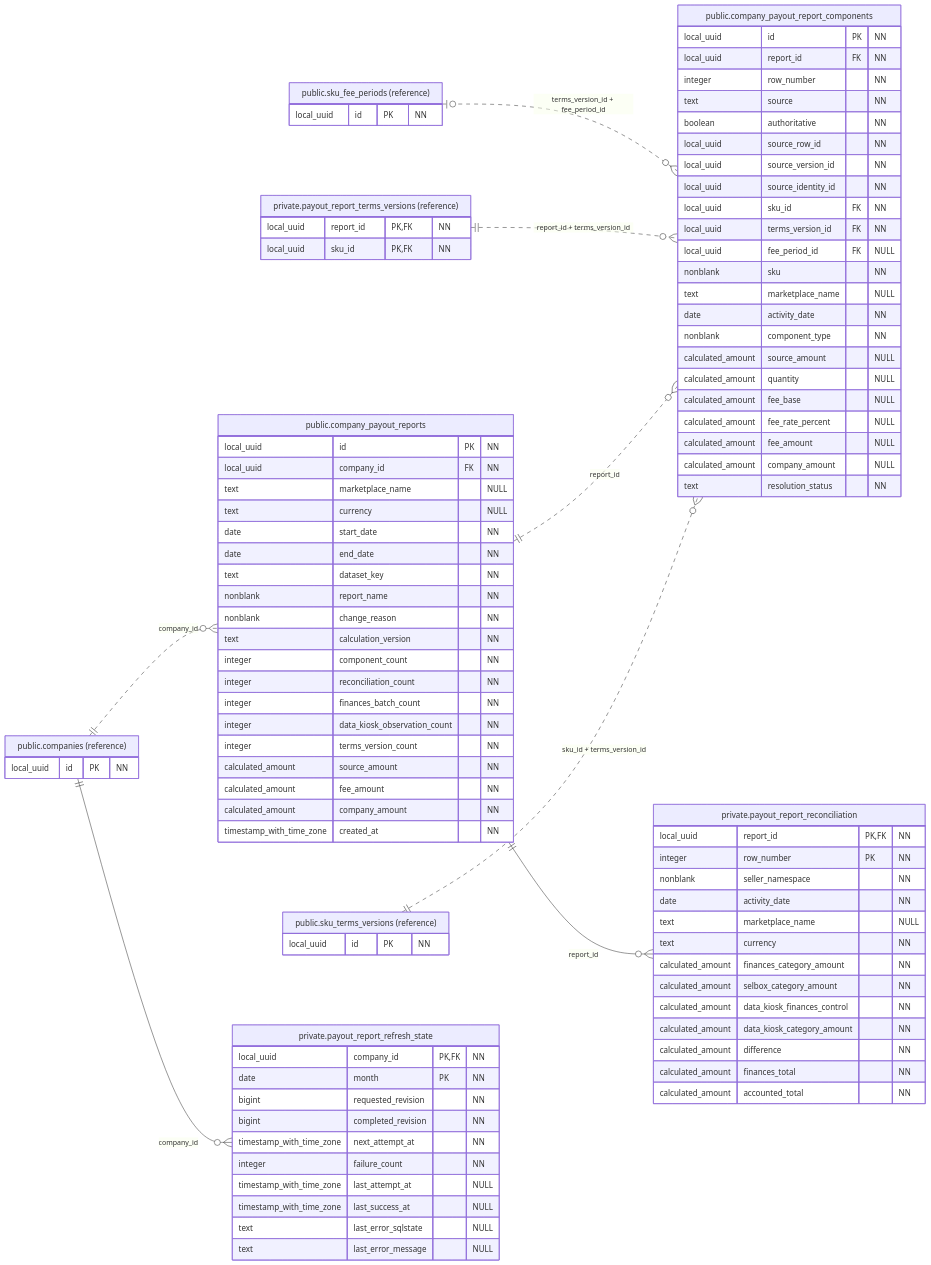
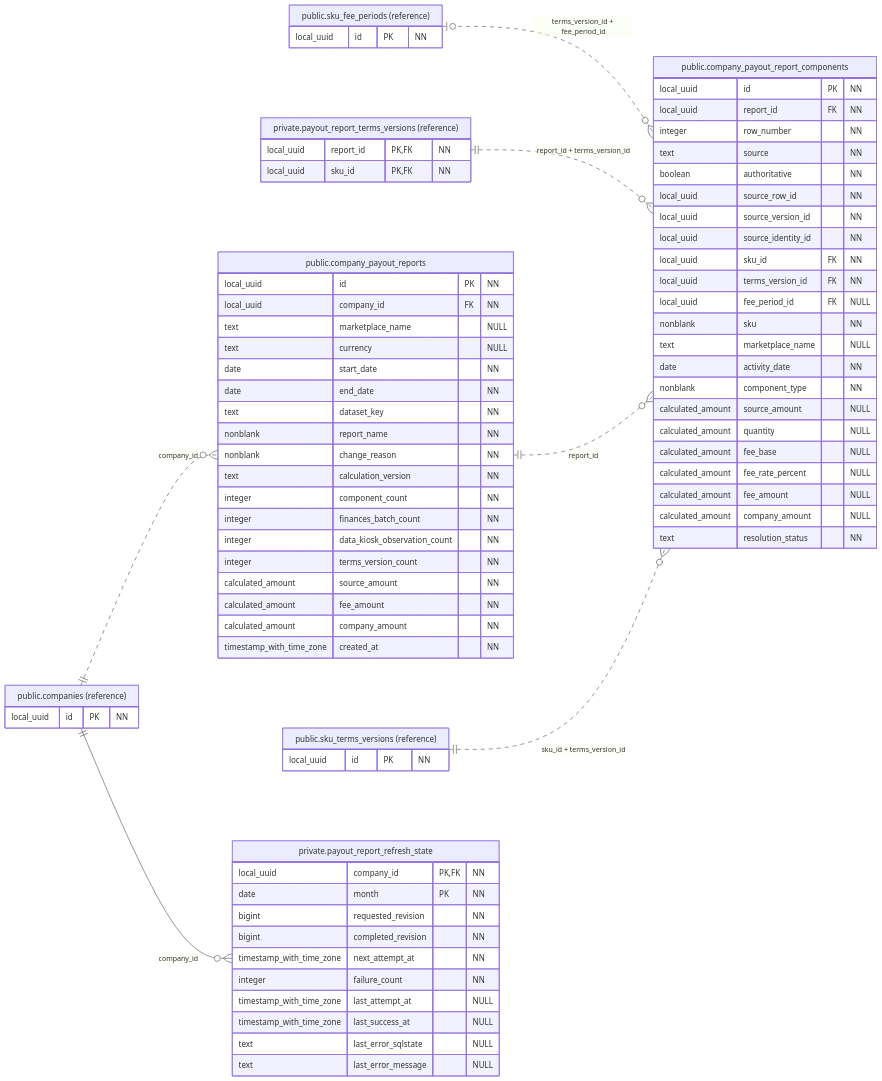
The diagram in docs/figures/database/06-payout-results.mmd (qwercxzsda/A-SelBox), drawn with Mermaid before and after one commit. The commit also changed 121 other files, not shown here.

First line of the commit message:
refactor: move reconciliation to frontend and simplify payout diagnostics

```diff
--- a/docs/figures/database/06-payout-results.mmd
+++ b/docs/figures/database/06-payout-results.mmd
@@ -1,102 +1,84 @@
 erDiagram
     direction LR
     public_companies ||..o{ public_company_payout_reports : "company_id"
     public_sku_fee_periods o|..o{ public_company_payout_report_components : "terms_version_id + fee_period_id"
     private_payout_report_terms_versions ||..o{ public_company_payout_report_components : "report_id + terms_version_id"
     public_company_payout_reports ||..o{ public_company_payout_report_components : "report_id"
     public_sku_terms_versions ||..o{ public_company_payout_report_components : "sku_id + terms_version_id"
-    public_company_payout_reports ||--o{ private_payout_report_reconciliation : "report_id"
     public_companies ||--o{ private_payout_report_refresh_state : "company_id"
 
     public_company_payout_reports["public.company_payout_reports"] {
         local_uuid id PK "NN"
         local_uuid company_id FK "NN"
         text marketplace_name "NULL"
         text currency "NULL"
         date start_date "NN"
         date end_date "NN"
         text dataset_key "NN"
         nonblank report_name "NN"
         nonblank change_reason "NN"
         text calculation_version "NN"
         integer component_count "NN"
-        integer reconciliation_count "NN"
         integer finances_batch_count "NN"
         integer data_kiosk_observation_count "NN"
         integer terms_version_count "NN"
         calculated_amount source_amount "NN"
         calculated_amount fee_amount "NN"
         calculated_amount company_amount "NN"
         timestamp_with_time_zone created_at "NN"
     }
 
     public_company_payout_report_components["public.company_payout_report_components"] {
         local_uuid id PK "NN"
         local_uuid report_id FK "NN"
         integer row_number "NN"
         text source "NN"
         boolean authoritative "NN"
         local_uuid source_row_id "NN"
         local_uuid source_version_id "NN"
         local_uuid source_identity_id "NN"
         local_uuid sku_id FK "NN"
         local_uuid terms_version_id FK "NN"
         local_uuid fee_period_id FK "NULL"
         nonblank sku "NN"
         text marketplace_name "NULL"
         date activity_date "NN"
         nonblank component_type "NN"
         calculated_amount source_amount "NULL"
         calculated_amount quantity "NULL"
         calculated_amount fee_base "NULL"
         calculated_amount fee_rate_percent "NULL"
         calculated_amount fee_amount "NULL"
         calculated_amount company_amount "NULL"
         text resolution_status "NN"
     }
 
-    private_payout_report_reconciliation["private.payout_report_reconciliation"] {
-        local_uuid report_id PK, FK "NN"
-        integer row_number PK "NN"
-        nonblank seller_namespace "NN"
-        date activity_date "NN"
-        text marketplace_name "NULL"
-        text currency "NN"
-        calculated_amount finances_category_amount "NN"
-        calculated_amount selbox_category_amount "NN"
-        calculated_amount data_kiosk_finances_control "NN"
-        calculated_amount data_kiosk_category_amount "NN"
-        calculated_amount difference "NN"
-        calculated_amount finances_total "NN"
-        calculated_amount accounted_total "NN"
-    }
-
     private_payout_report_refresh_state["private.payout_report_refresh_state"] {
         local_uuid company_id PK, FK "NN"
         date month PK "NN"
         bigint requested_revision "NN"
         bigint completed_revision "NN"
         timestamp_with_time_zone next_attempt_at "NN"
         integer failure_count "NN"
         timestamp_with_time_zone last_attempt_at "NULL"
         timestamp_with_time_zone last_success_at "NULL"
         text last_error_sqlstate "NULL"
         text last_error_message "NULL"
     }
 
     private_payout_report_terms_versions["private.payout_report_terms_versions (reference)"] {
         local_uuid report_id PK, FK "NN"
         local_uuid sku_id PK, FK "NN"
     }
 
     public_companies["public.companies (reference)"] {
         local_uuid id PK "NN"
     }
 
     public_sku_fee_periods["public.sku_fee_periods (reference)"] {
         local_uuid id PK "NN"
     }
 
     public_sku_terms_versions["public.sku_terms_versions (reference)"] {
         local_uuid id PK "NN"
     }
```
